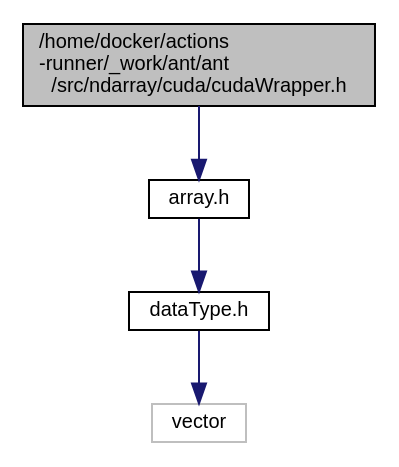
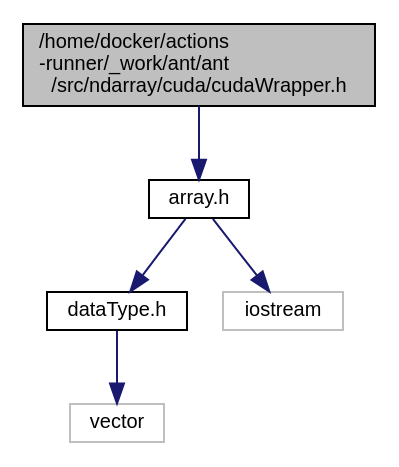
Before and after one commit to durbin-164/ant: the diagram in cudaWrapper_8h__incl.dot, drawn with Graphviz. The commit also changed 144 other files, not shown here.

```diff
--- a/cudaWrapper_8h__incl.dot
+++ b/cudaWrapper_8h__incl.dot
@@ -1,13 +1,15 @@
 digraph "/home/docker/actions-runner/_work/ant/ant/src/ndarray/cuda/cudaWrapper.h"
 {
  // LATEX_PDF_SIZE
   edge [fontname="Helvetica",fontsize="10",labelfontname="Helvetica",labelfontsize="10"];
   node [fontname="Helvetica",fontsize="10",shape=record];
   Node1 [label="/home/docker/actions\l-runner/_work/ant/ant\l/src/ndarray/cuda/cudaWrapper.h",height=0.2,width=0.4,color="black", fillcolor="grey75", style="filled", fontcolor="black",tooltip=" "];
   Node1 -> Node2 [color="midnightblue",fontsize="10",style="solid",fontname="Helvetica"];
   Node2 [label="array.h",height=0.2,width=0.4,color="black", fillcolor="white", style="filled",URL="$array_8h.html",tooltip=" "];
   Node2 -> Node3 [color="midnightblue",fontsize="10",style="solid",fontname="Helvetica"];
   Node3 [label="dataType.h",height=0.2,width=0.4,color="black", fillcolor="white", style="filled",URL="$dataType_8h.html",tooltip=" "];
   Node3 -> Node4 [color="midnightblue",fontsize="10",style="solid",fontname="Helvetica"];
   Node4 [label="vector",height=0.2,width=0.4,color="grey75", fillcolor="white", style="filled",tooltip=" "];
+  Node2 -> Node5 [color="midnightblue",fontsize="10",style="solid",fontname="Helvetica"];
+  Node5 [label="iostream",height=0.2,width=0.4,color="grey75", fillcolor="white", style="filled",tooltip=" "];
 }
```
